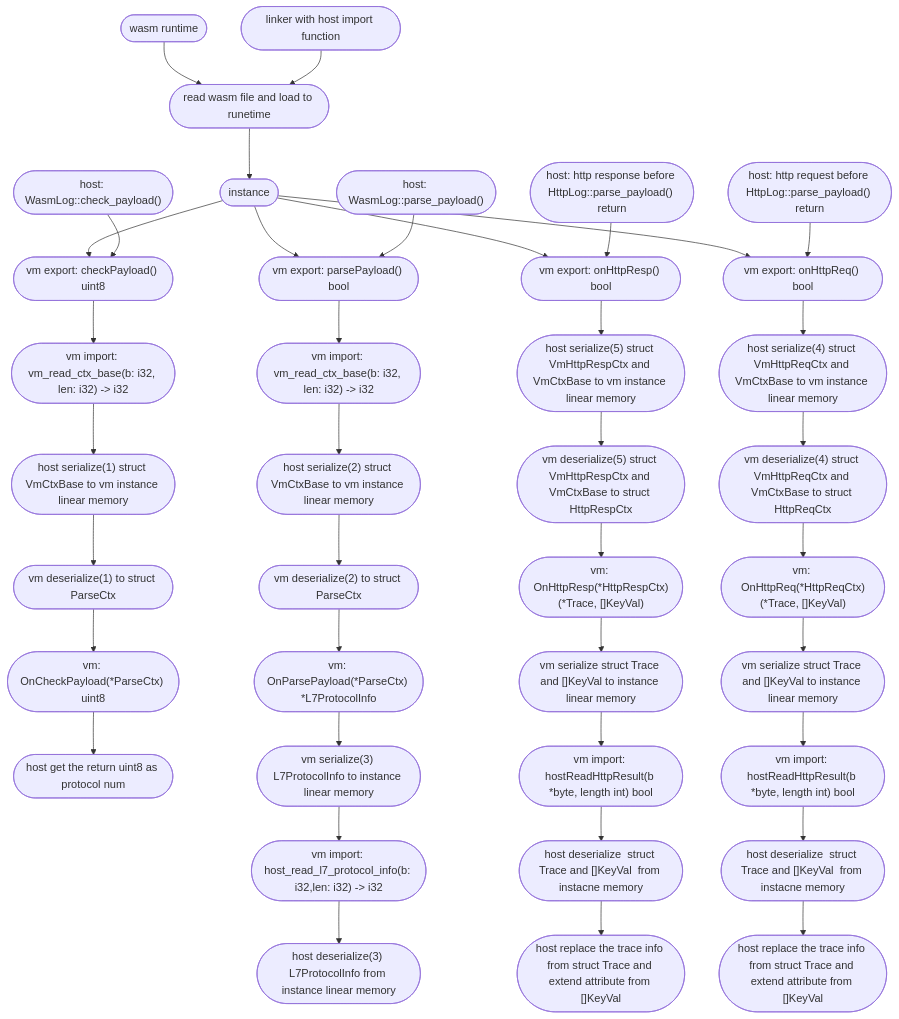
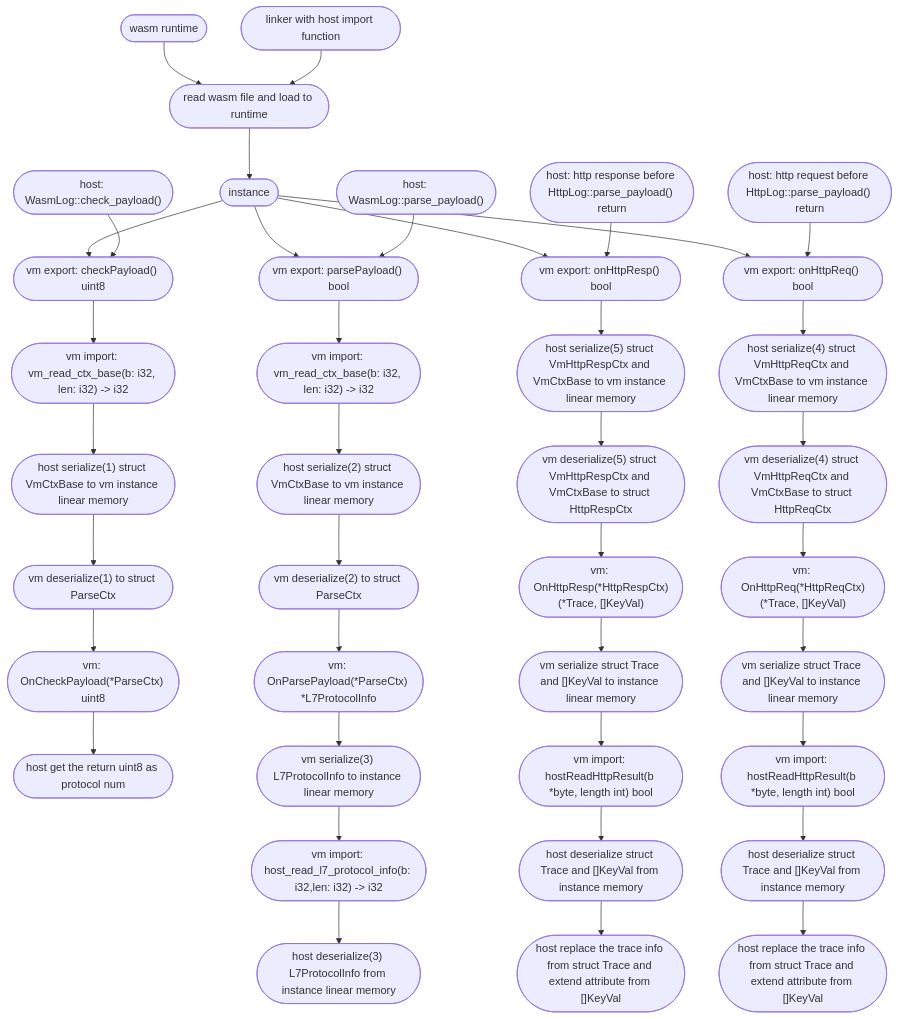
Before and after one commit to deepflowio/docs: the diagram in translate/translated/07-integration/01-process/01-wasm-plugin.md, drawn with Mermaid. The commit also changed other lines of this file and 298 other files, not shown here.

````diff
--- a/translate/translated/07-integration/01-process/01-wasm-plugin.md
+++ b/translate/translated/07-integration/01-process/01-wasm-plugin.md
@@ -202,49 +209,49 @@
 ```mermaid
 graph TB;
 
   id2(["linker with host import function"]);
 
   id1(["wasm runtime"]);
 
-  id3(["read wasm file and load to runetime"])-->id4(["instance"]);
+  id3(["read wasm file and load to runtime"])-->id4(["instance"]);
 
   id1-->id3;
 
   id2-->id3;
 
   id4-->id5(["vm export: checkPayload() uint8 "]);
   id4-->id6(["vm export: parsePayload() bool "]);
   id4-->id7(["vm export: onHttpResp() bool "]);
   id4-->id8(["vm export: onHttpReq() bool "]);
 
   id9(["host: WasmLog::check_payload()"]) --> id5 -->
   id11(["vm import: vm_read_ctx_base(b: i32, len: i32) -> i32 "]) -->
   id12(["host serialize(1) struct VmCtxBase to vm instance linear memory"]) -->
   id13(["vm deserialize(1) to struct ParseCtx"]) --> id14(["vm: OnCheckPayload(*ParseCtx) uint8"])-->
   id15(["host get the return uint8 as protocol num"]);
 
   id16(["host: WasmLog::parse_payload()"]) --> id6 -->
   id19(["vm import: vm_read_ctx_base(b: i32, len: i32) -> i32 "]) -->
   id20(["host serialize(2) struct VmCtxBase to vm instance linear memory"])--> id21(["vm deserialize(2) to struct ParseCtx"]) -->
   id22(["vm: OnParsePayload(*ParseCtx) *L7ProtocolInfo"]) --> id23(["vm serialize(3) L7ProtocolInfo to instance linear memory"])-->
   id24(["vm import: host_read_l7_protocol_info(b: i32,len: i32) -> i32  "]) -->
   id25(["host deserialize(3) L7ProtocolInfo from instance linear memory"]);
 
   id26(["host: http request before HttpLog::parse_payload() return"]) --> id8 -->
   id28(["host serialize(4) struct VmHttpReqCtx and VmCtxBase to vm instance linear memory"]) -->
   id29(["vm deserialize(4) struct VmHttpReqCtx and VmCtxBase to struct HttpReqCtx"])-->
   id30(["vm: OnHttpReq(*HttpReqCtx)(*Trace, []KeyVal)"]) -->
   id31(["vm serialize struct Trace and []KeyVal to instance linear memory"])-->
   id32(["vm import: hostReadHttpResult(b *byte, length int) bool"])-->
-  id33(["host deserialize  struct Trace and []KeyVal  from instacne memory"])-->
+  id33(["host deserialize struct Trace and []KeyVal from instance memory"])-->
   id34(["host replace the trace info from struct Trace and extend attribute from []KeyVal"]);
 
   id35(["host: http response before HttpLog::parse_payload() return"]) --> id7 -->
   id37(["host serialize(5) struct VmHttpRespCtx and VmCtxBase to vm instance linear memory"]) -->
   id38(["vm deserialize(5) struct VmHttpRespCtx and VmCtxBase to struct HttpRespCtx"])-->
   id39(["vm: OnHttpResp(*HttpRespCtx)(*Trace, []KeyVal)"]) -->
   id40(["vm serialize struct Trace and []KeyVal to instance linear memory"])-->
   id41(["vm import: hostReadHttpResult(b *byte, length int) bool"])-->
-  id42(["host deserialize  struct Trace and []KeyVal  from instacne memory"])-->
+  id42(["host deserialize struct Trace and []KeyVal from instance memory"])-->
   id43(["host replace the trace info from struct Trace and extend attribute from []KeyVal"]);
 ```
````
